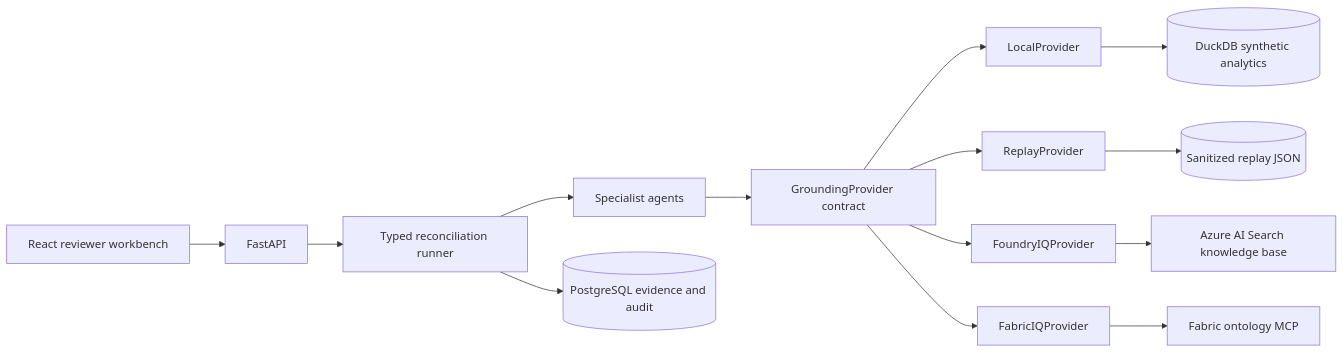
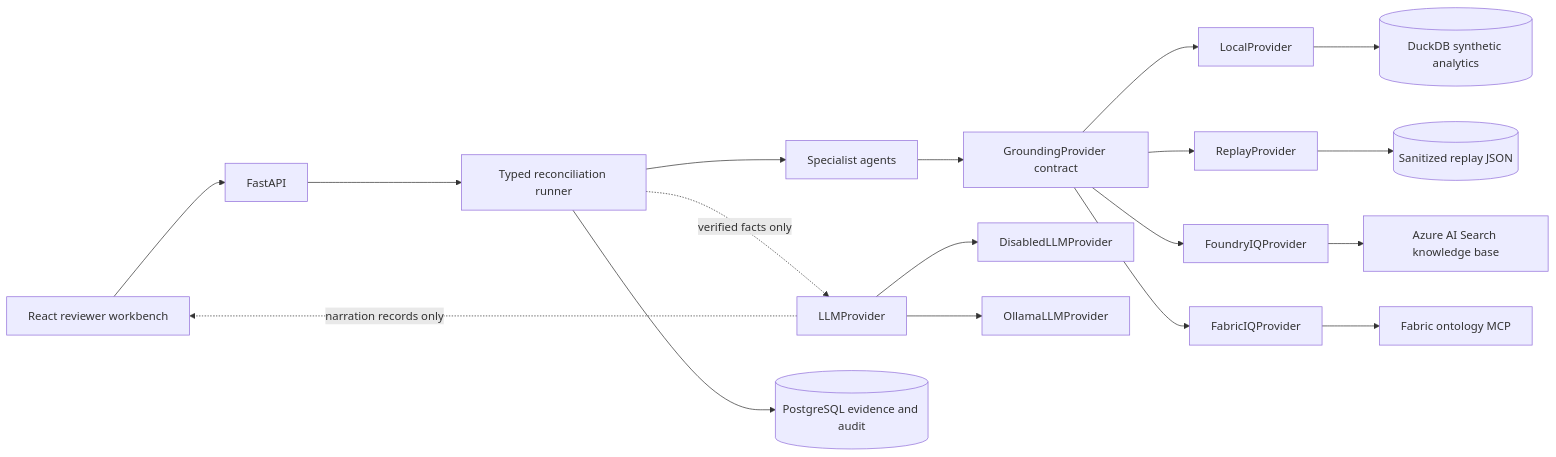
Before and after one commit to karimbaidar/concordIQ: the first of 2 diagrams in docs/architecture.md, drawn with Mermaid. The commit also changed other lines of this file and 28 other files, not shown here.

Commit message:
feat: add optional local LLM narration

````diff
--- a/docs/architecture.md
+++ b/docs/architecture.md
@@ -10,16 +10,20 @@
 ```mermaid
 flowchart LR
     UI["React reviewer workbench"] --> API["FastAPI"]
     API --> RUNNER["Typed reconciliation runner"]
     RUNNER --> AGENTS["Specialist agents"]
     AGENTS --> PROVIDER["GroundingProvider contract"]
     PROVIDER --> LOCAL["LocalProvider"]
     PROVIDER --> REPLAY["ReplayProvider"]
     PROVIDER --> FOUNDRY["FoundryIQProvider"]
     PROVIDER --> FABRIC["FabricIQProvider"]
     LOCAL --> DUCKDB[("DuckDB synthetic analytics")]
     REPLAY --> ARTIFACT[("Sanitized replay JSON")]
     FOUNDRY --> SEARCH["Azure AI Search knowledge base"]
     FABRIC --> ONTOLOGY["Fabric ontology MCP"]
+    RUNNER -. "verified facts only" .-> LLM["LLMProvider"]
+    LLM --> DISABLED["DisabledLLMProvider"]
+    LLM --> OLLAMA["OllamaLLMProvider"]
+    LLM -. "narration records only" .-> UI
     RUNNER --> POSTGRES[("PostgreSQL evidence and audit")]
 ```
````
